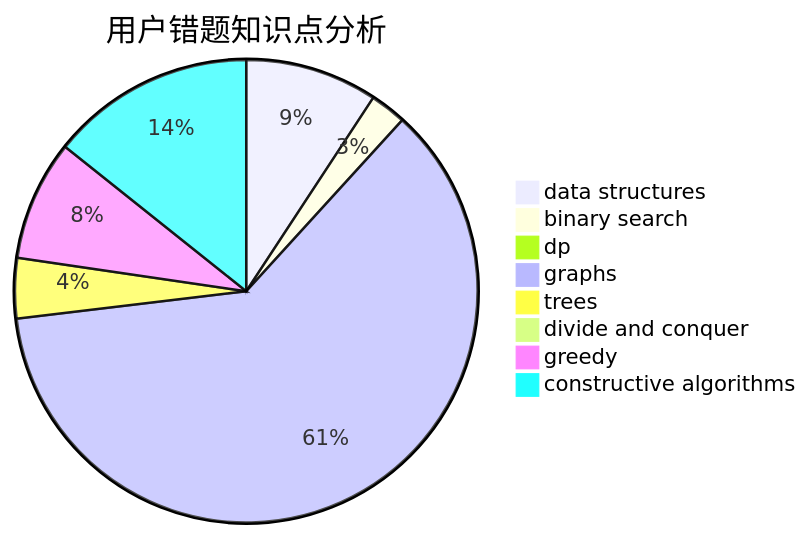
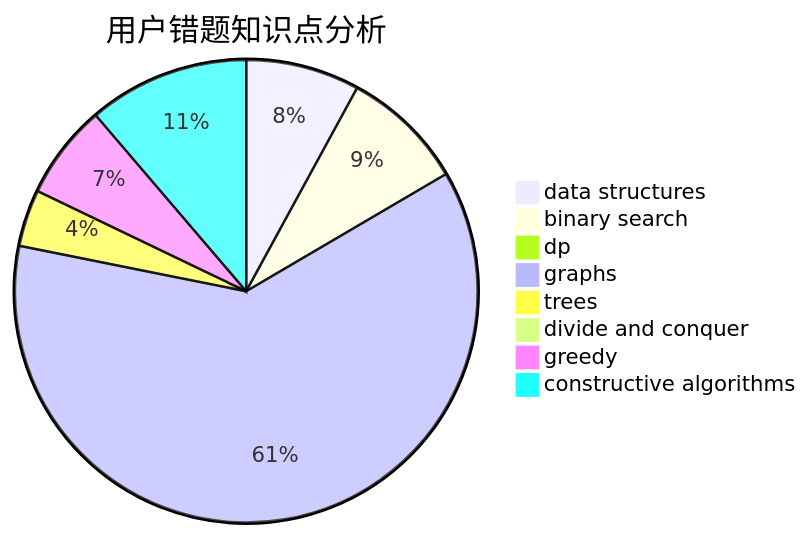
The third of 3 diagrams in docs/user/u558.md (sherpahu/cfrs.github.io), drawn with Mermaid before and after one commit. The commit also changed other lines of this file and 2770 other files, not shown here.

````diff
--- a/docs/user/u558.md
+++ b/docs/user/u558.md
@@ -36,11 +36,11 @@
 ```mermaid
 pie title 用户错题知识点分析
-    "data structures" :  11
-    "binary search" :  3
+    "data structures" :  12
+    "binary search" :  13
     "dp" :  1
-    "graphs" :  73
-    "trees" :  5
+    "graphs" :  93
+    "trees" :  6
     "divide and conquer" :  0
     "greedy" :  10
     "constructive algorithms" :  17
 ```
````
